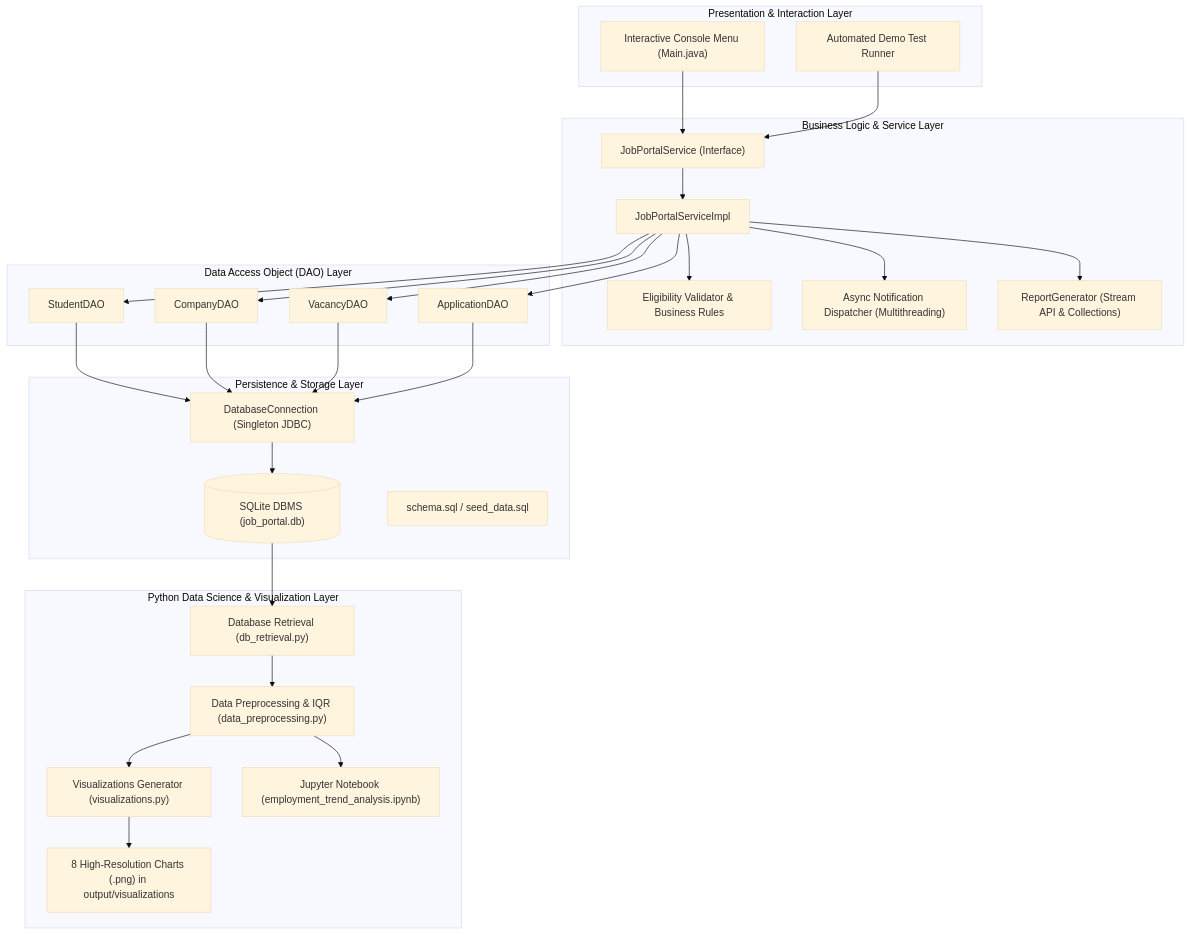
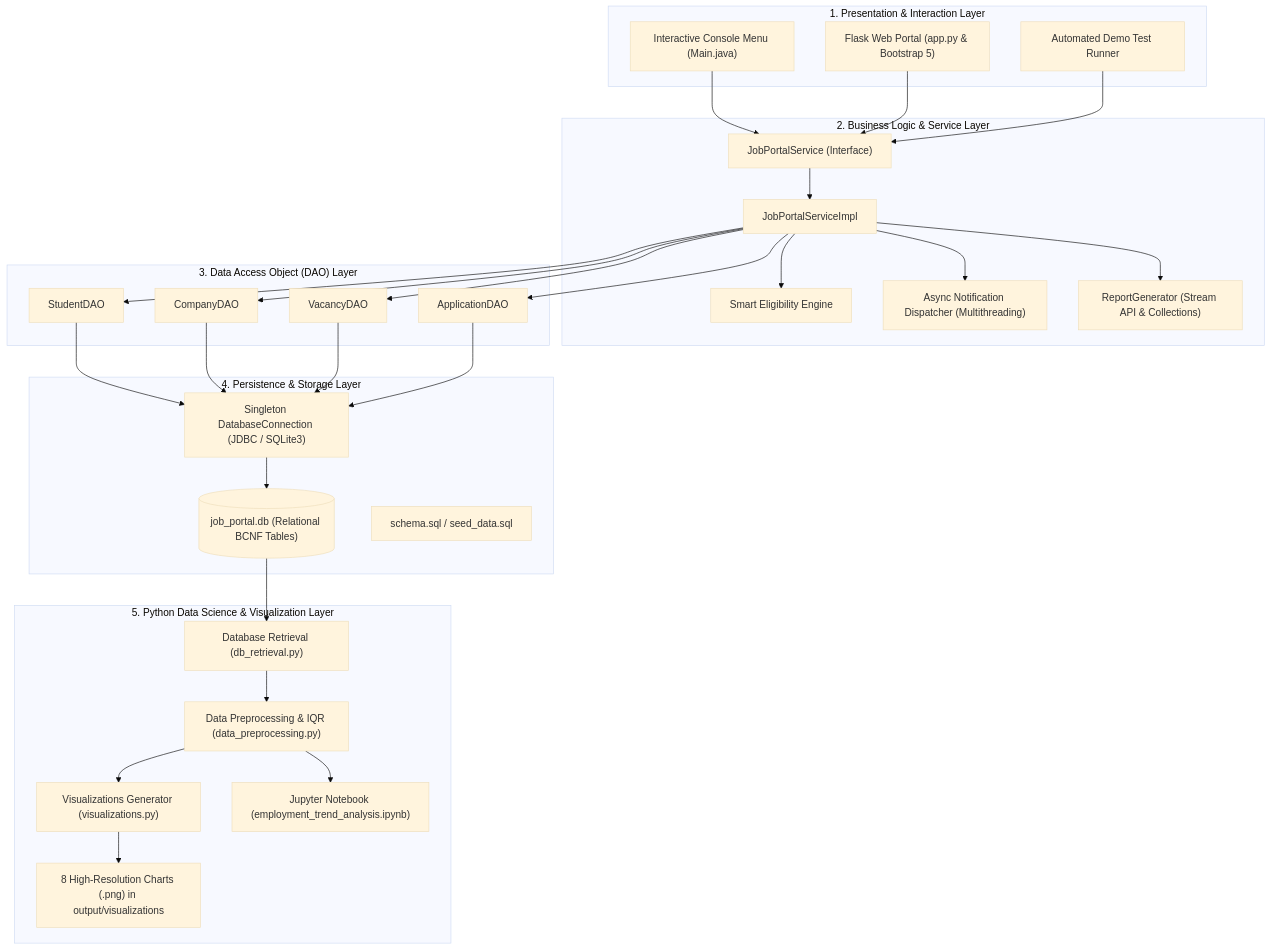
Before and after one commit to kjdharani86-hash/online-job-portal-trend-analysis: the first of 10 diagrams in docs/DESIGN_DIAGRAMS.md, drawn with Mermaid (base theme). The commit also changed other lines of this file and 2 other files, not shown here.

Commit message:
docs: expand complete Software Engineering diagrams suite (12 diagrams across all units)

````diff
--- a/docs/DESIGN_DIAGRAMS.md
+++ b/docs/DESIGN_DIAGRAMS.md
@@ -14,59 +30,61 @@
 ```mermaid
 graph TD
-    subgraph Presentation_Layer ["Presentation & Interaction Layer"]
+    subgraph Presentation_Layer ["1. Presentation & Interaction Layer"]
         CLI["Interactive Console Menu (Main.java)"]
+        WEB["Flask Web Portal (app.py & Bootstrap 5)"]
         DEMO["Automated Demo Test Runner"]
     end
 
-    subgraph Service_Layer ["Business Logic & Service Layer"]
+    subgraph Service_Layer ["2. Business Logic & Service Layer"]
         SVC["JobPortalService (Interface)"]
         SVC_IMPL["JobPortalServiceImpl"]
-        RULES["Eligibility Validator & Business Rules"]
+        RULES["Smart Eligibility Engine"]
         NOTIFIER["Async Notification Dispatcher (Multithreading)"]
         REPORT["ReportGenerator (Stream API & Collections)"]
     end
 
-    subgraph DAO_Layer ["Data Access Object (DAO) Layer"]
+    subgraph DAO_Layer ["3. Data Access Object (DAO) Layer"]
         S_DAO["StudentDAO"]
         C_DAO["CompanyDAO"]
         V_DAO["VacancyDAO"]
         A_DAO["ApplicationDAO"]
     end
 
-    subgraph Persistence_Layer ["Persistence & Storage Layer"]
-        DBCONN["DatabaseConnection (Singleton JDBC)"]
-        SQLITE[("SQLite DBMS (job_portal.db)")]
+    subgraph Persistence_Layer ["4. Persistence & Storage Layer"]
+        DBCONN["Singleton DatabaseConnection (JDBC / SQLite3)"]
+        SQLITE[("job_portal.db (Relational BCNF Tables)")]
         RAW_SQL["schema.sql / seed_data.sql"]
     end
 
-    subgraph Analytics_Layer ["Python Data Science & Visualization Layer"]
+    subgraph Analytics_Layer ["5. Python Data Science & Visualization Layer"]
         RETRIEVE["Database Retrieval (db_retrieval.py)"]
         PREPROC["Data Preprocessing & IQR (data_preprocessing.py)"]
         VIZ["Visualizations Generator (visualizations.py)"]
         NOTEBOOK["Jupyter Notebook (employment_trend_analysis.ipynb)"]
         CHARTS["8 High-Resolution Charts (.png) in output/visualizations"]
     end
 
     CLI --> SVC
+    WEB --> SVC
     DEMO --> SVC
     SVC --> SVC_IMPL
     SVC_IMPL --> RULES
     SVC_IMPL --> NOTIFIER
     SVC_IMPL --> S_DAO
     SVC_IMPL --> C_DAO
     SVC_IMPL --> V_DAO
     SVC_IMPL --> A_DAO
     SVC_IMPL --> REPORT
 
     S_DAO --> DBCONN
     C_DAO --> DBCONN
     V_DAO --> DBCONN
     A_DAO --> DBCONN
     DBCONN --> SQLITE
 
     SQLITE --> RETRIEVE
     RETRIEVE --> PREPROC
     PREPROC --> VIZ
     PREPROC --> NOTEBOOK
     VIZ --> CHARTS
 ```
````
